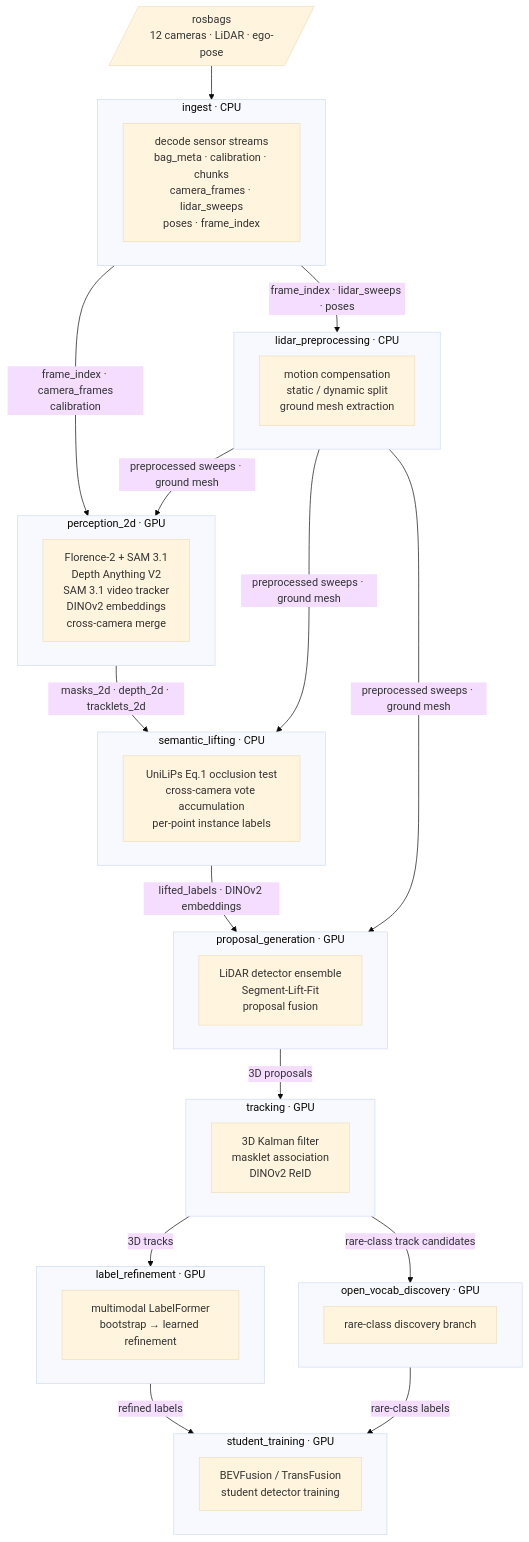
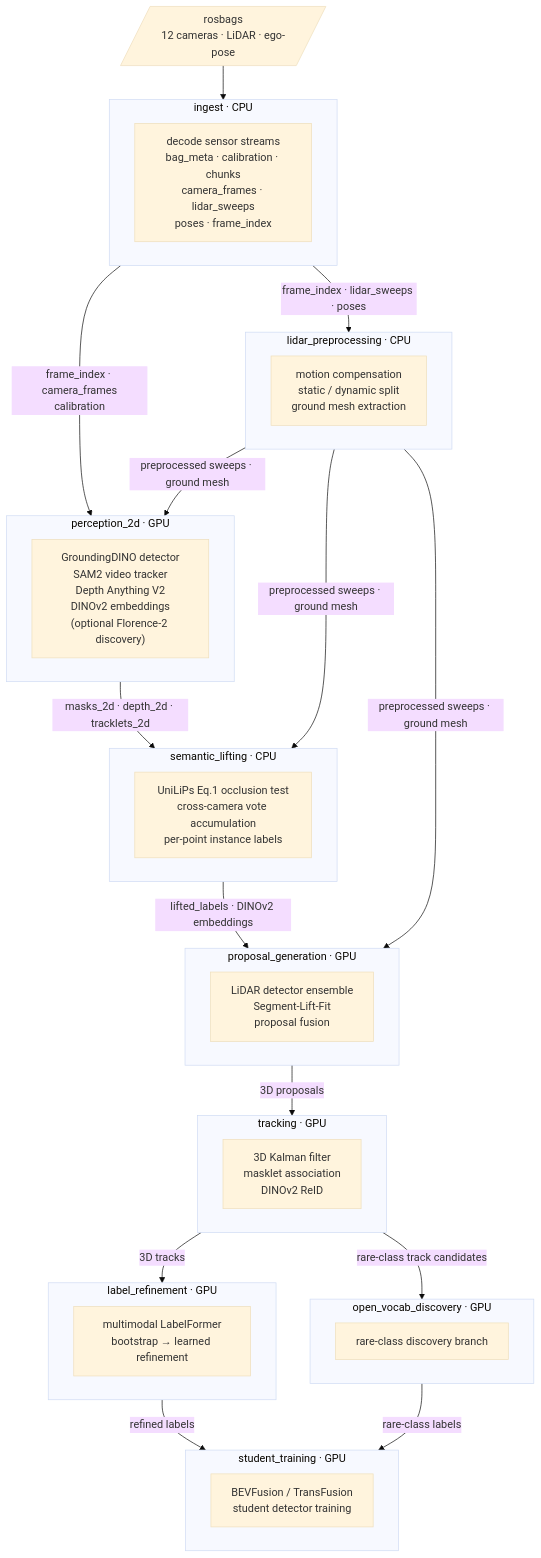
One commit to WATonomous/wato_world changed the diagram in README.md. Above: the diagram before and after it, drawn with Mermaid (base theme). The commit also changed other lines of this file and 19 other files, not shown here.

````diff
--- a/README.md
+++ b/README.md
@@ -9,54 +9,54 @@
 ```mermaid
 flowchart TD
     BAG[/"rosbags\n12 cameras · LiDAR · ego-pose"/]
 
     subgraph ingest["ingest  ·  CPU"]
         I["decode sensor streams\nbag_meta · calibration · chunks\ncamera_frames · lidar_sweeps\nposes · frame_index"]
     end
 
     subgraph lidar_prep["lidar_preprocessing  ·  CPU"]
         LP["motion compensation\nstatic / dynamic split\nground mesh extraction"]
     end
 
     subgraph perception_2d["perception_2d  ·  GPU"]
-        P2["Florence-2 + SAM 3.1\nDepth Anything V2\nSAM 3.1 video tracker\nDINOv2 embeddings\ncross-camera merge"]
+        P2["GroundingDINO detector\nSAM2 video tracker\nDepth Anything V2\nDINOv2 embeddings\n(optional Florence-2 discovery)"]
     end
 
     subgraph semantic_lifting["semantic_lifting  ·  CPU"]
         SL["UniLiPs Eq.1 occlusion test\ncross-camera vote accumulation\nper-point instance labels"]
     end
 
     subgraph proposal_gen["proposal_generation  ·  GPU"]
         PG["LiDAR detector ensemble\nSegment-Lift-Fit\nproposal fusion"]
     end
 
     subgraph tracking["tracking  ·  GPU"]
         TR["3D Kalman filter\nmasklet association\nDINOv2 ReID"]
     end
 
     subgraph label_ref["label_refinement  ·  GPU"]
         LR["multimodal LabelFormer\nbootstrap → learned refinement"]
     end
 
     subgraph ovd["open_vocab_discovery  ·  GPU"]
         OV["rare-class discovery branch"]
     end
 
     subgraph student["student_training  ·  GPU"]
         ST["BEVFusion / TransFusion\nstudent detector training"]
     end
 
     BAG --> ingest
     ingest -- "frame_index · camera_frames\ncalibration" --> perception_2d
     ingest -- "frame_index · lidar_sweeps · poses" --> lidar_prep
     lidar_prep -- "preprocessed sweeps · ground mesh" --> perception_2d
     lidar_prep -- "preprocessed sweeps · ground mesh" --> semantic_lifting
     perception_2d -- "masks_2d · depth_2d · tracklets_2d" --> semantic_lifting
     semantic_lifting -- "lifted_labels · DINOv2 embeddings" --> proposal_gen
     lidar_prep -- "preprocessed sweeps · ground mesh" --> proposal_gen
     proposal_gen -- "3D proposals" --> tracking
     tracking -- "3D tracks" --> label_ref
     tracking -- "rare-class track candidates" --> ovd
     label_ref -- "refined labels" --> student
     ovd -- "rare-class labels" --> student
 ```
````
